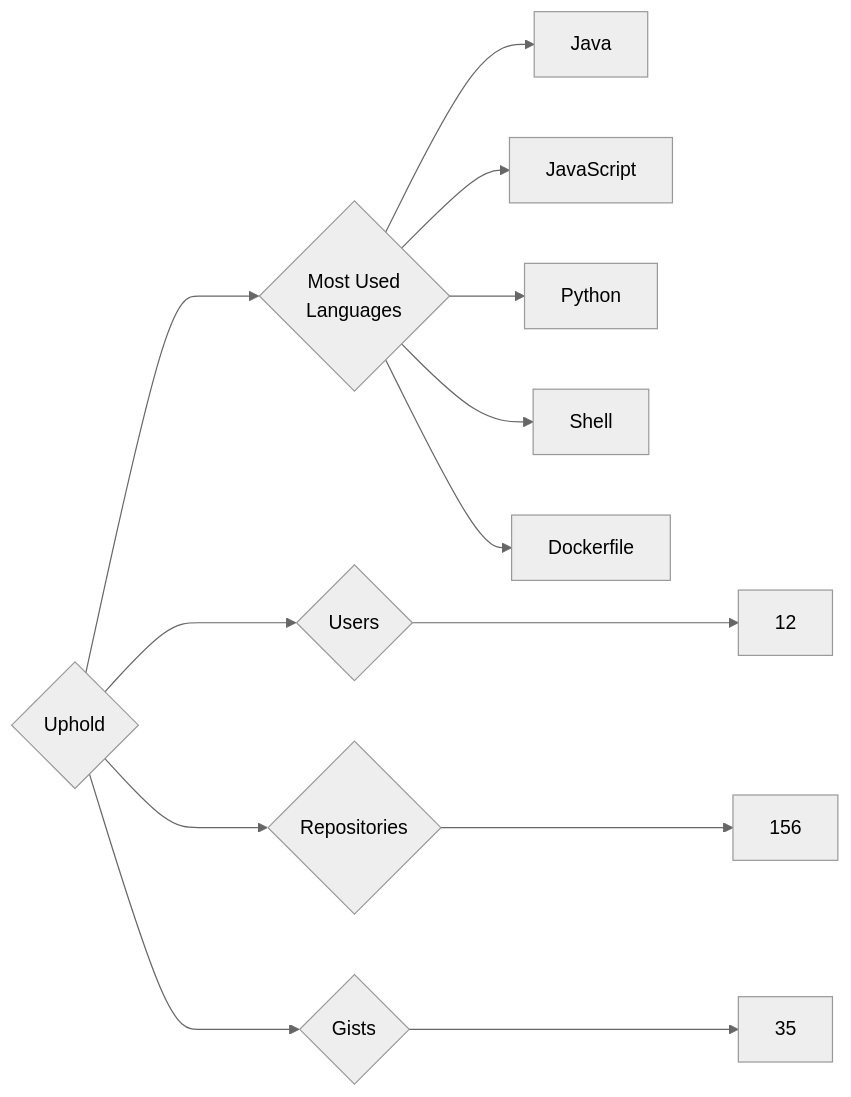
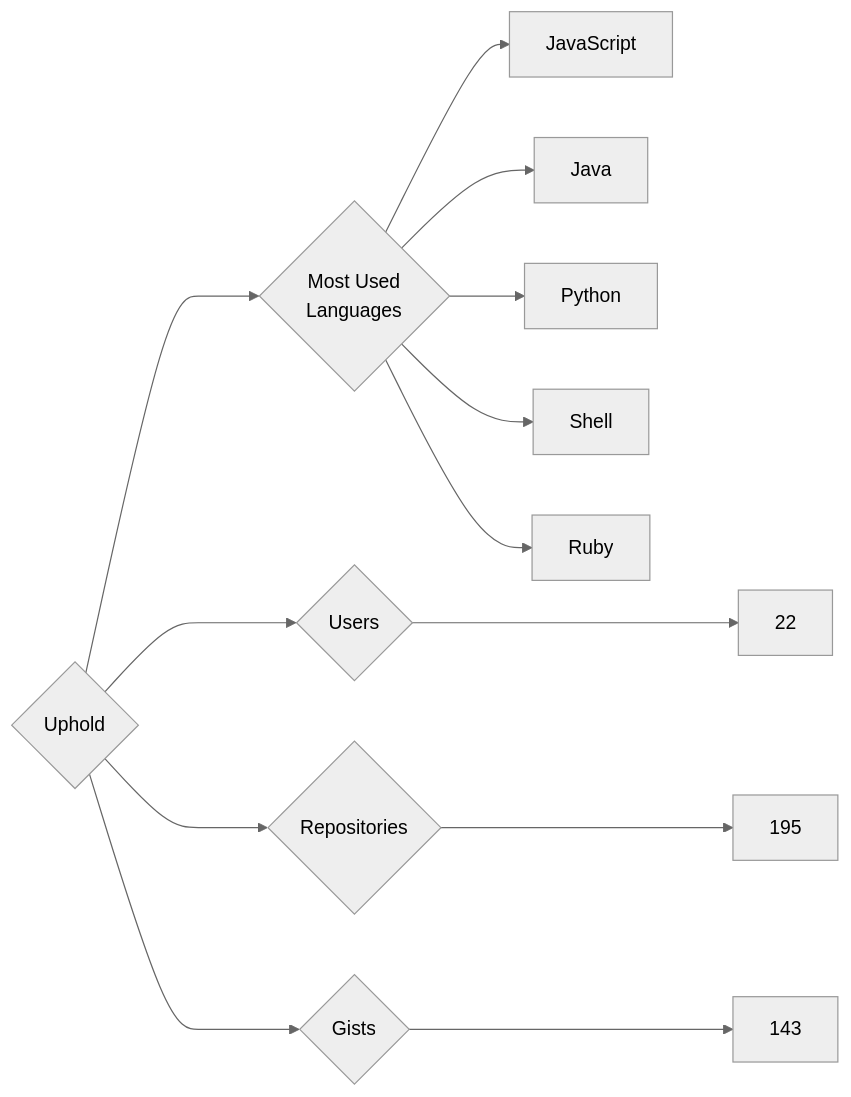
Before and after one commit to trickest/insiders: the diagram in targets/Uphold/README.md, drawn with Mermaid (neutral theme). The commit also changed 953 other files, not shown here.

````diff
--- a/targets/Uphold/README.md
+++ b/targets/Uphold/README.md
@@ -3,13 +3,13 @@
 ```mermaid
 graph LR
 COMPANY_NAME{Uphold}
-COMPANY_NAME ---> U{Users} ---> UN[12]
-COMPANY_NAME ---> R{Repositories} ---> RN[156]
-COMPANY_NAME ---> G{Gists} ---> GN[35]
+COMPANY_NAME ---> U{Users} ---> UN[22]
+COMPANY_NAME ---> R{Repositories} ---> RN[195]
+COMPANY_NAME ---> G{Gists} ---> GN[143]
 COMPANY_NAME ---> ML{Most Used<br>Languages}
+ML --> JavaScript[JavaScript]
 ML --> Java[Java]
-ML --> JavaScript[JavaScript]
 ML --> Python[Python]
 ML --> Shell[Shell]
-ML --> Dockerfile[Dockerfile]
+ML --> Ruby[Ruby]
 ```
````
